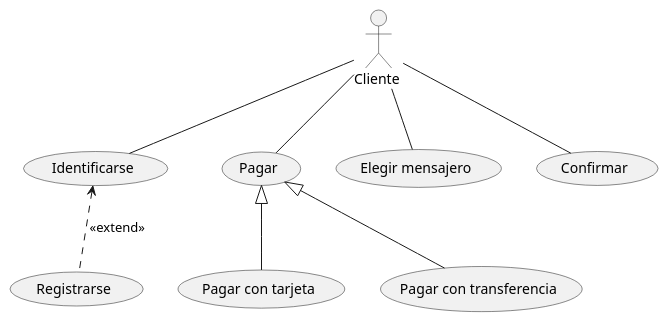
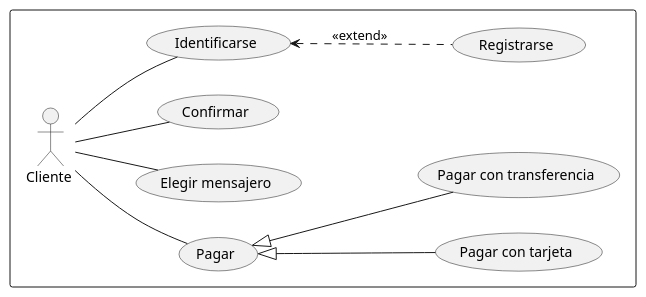
Before and after one commit to M-pozo/UMLCasosDeUso_MiguelPozo: the diagram in src/CasosDeUso/TiendaEnInternet.puml, drawn with PlantUML.

Commit message:
Caso Mejorado (Tienda en internet)

```diff
--- a/src/CasosDeUso/TiendaEnInternet.puml
+++ b/src/CasosDeUso/TiendaEnInternet.puml
@@ -1,22 +1,28 @@
 @startuml
 
-:Cliente : as c
+
+left to right direction
+rectangle  {
+  :Cliente : as c
+
+  usecase "Pagar" as UC2
+  usecase "Elegir mensajero" as UC3
+  usecase "Confirmar" as UC4
+  usecase "Registrarse" as UC5
+  usecase "Pagar con tarjeta" as UC6
+  usecase "Pagar con transferencia" as UC7
+  usecase "Identificarse" as UC1
+
+}
 
 
-usecase "Identificarse" as UC1
-usecase "Pagar" as UC2
-usecase "Elegir mensajero" as UC3
-usecase "Confirmar" as UC4
-usecase "Registrarse" as UC5
-usecase "Pagar con tarjeta" as UC6
-usecase "Pagar con transferencia" as UC7
 
 
 c -- UC1
 c -- UC2
 c -- UC3
 c -- UC4
 UC1 <.. UC5 : <<extend>>
 UC2 <|-- UC6
 UC2 <|-- UC7
 @enduml
```
